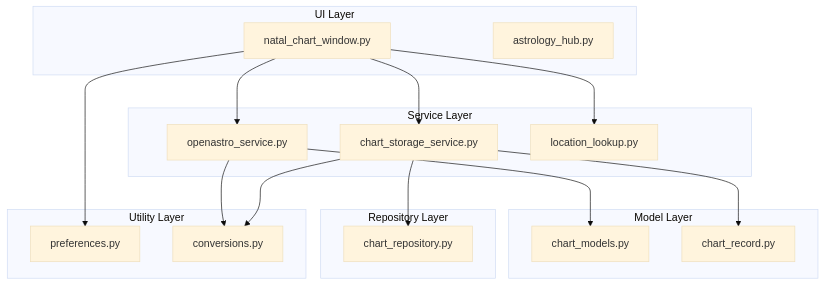
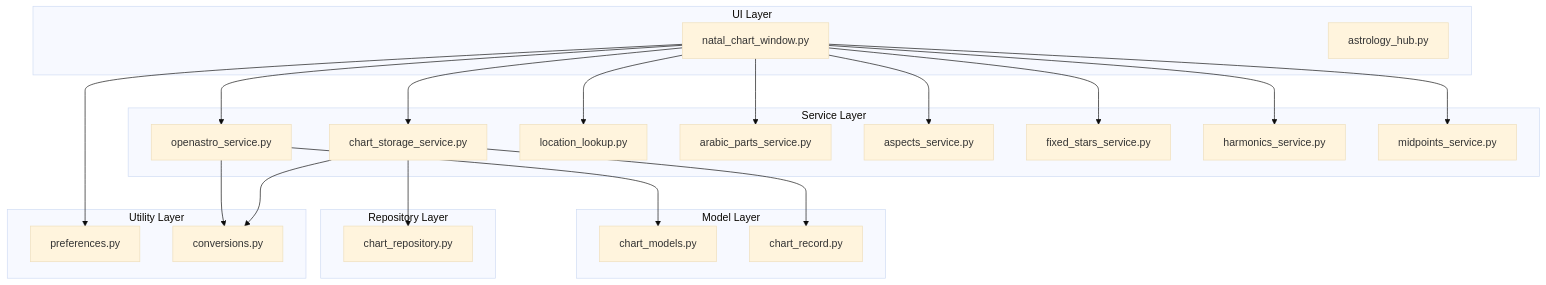
Before and after one commit to TheDaniel166/IsopGem: the first of 16 diagrams in .qoder/repowiki/en/content/Architecture Overview/Pillar-Based Architecture/Astrology Pillar/Natal Charts.md, drawn with Mermaid (base theme). The commit also changed other lines of this file and 36 other files, not shown here.

````diff
--- a/.qoder/repowiki/en/content/Architecture Overview/Pillar-Based Architecture/Astrology Pillar/Natal Charts.md
+++ b/.qoder/repowiki/en/content/Architecture Overview/Pillar-Based Architecture/Astrology Pillar/Natal Charts.md
@@ -33,32 +45,42 @@
 ```mermaid
 graph TD
 subgraph "UI Layer"
 A[natal_chart_window.py]
 B[astrology_hub.py]
 end
 subgraph "Service Layer"
 C[openastro_service.py]
 D[chart_storage_service.py]
 E[location_lookup.py]
+F[arabic_parts_service.py]
+G[aspects_service.py]
+H[fixed_stars_service.py]
+I[harmonics_service.py]
+J[midpoints_service.py]
 end
 subgraph "Model Layer"
-F[chart_models.py]
-G[chart_record.py]
+K[chart_models.py]
+L[chart_record.py]
 end
 subgraph "Repository Layer"
-H[chart_repository.py]
+M[chart_repository.py]
 end
 subgraph "Utility Layer"
-I[preferences.py]
-J[conversions.py]
+N[preferences.py]
+O[conversions.py]
 end
 A --> C
 A --> D
 A --> E
+A --> F
+A --> G
+A --> H
 A --> I
-C --> F
-D --> G
-D --> H
-C --> J
-D --> J
+A --> J
+A --> N
+C --> K
+D --> L
+D --> M
+C --> O
+D --> O
 ```
````
